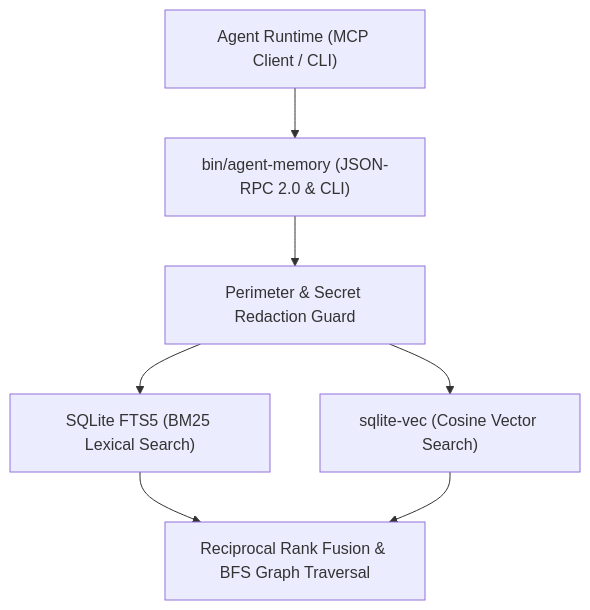
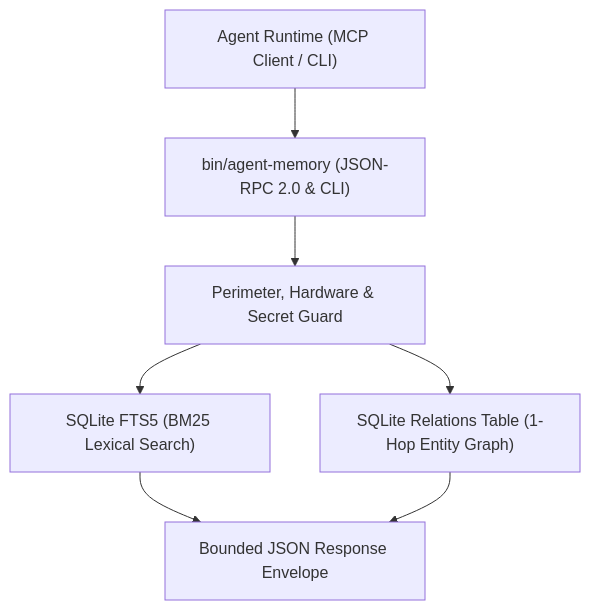
Before and after one commit to ChristopherSchek/agent-memory-mcp: the diagram in docs/architecture.md, drawn with Mermaid. The commit also changed other lines of this file and 9 other files, not shown here.

````diff
--- a/docs/architecture.md
+++ b/docs/architecture.md
@@ -13,9 +13,9 @@
    ```mermaid
    flowchart TD
        Agent["Agent Runtime (MCP Client / CLI)"] --> Server["bin/agent-memory (JSON-RPC 2.0 & CLI)"]
-       Server --> Guard["Perimeter & Secret Redaction Guard"]
+       Server --> Guard["Perimeter, Hardware & Secret Guard"]
        Guard --> FTS["SQLite FTS5 (BM25 Lexical Search)"]
-       Guard --> Vec["sqlite-vec (Cosine Vector Search)"]
-       FTS --> RRF["Reciprocal Rank Fusion & BFS Graph Traversal"]
-       Vec --> RRF
+       Guard --> Rel["SQLite Relations Table (1-Hop Entity Graph)"]
+       FTS --> Out["Bounded JSON Response Envelope"]
+       Rel --> Out
    ```
````
